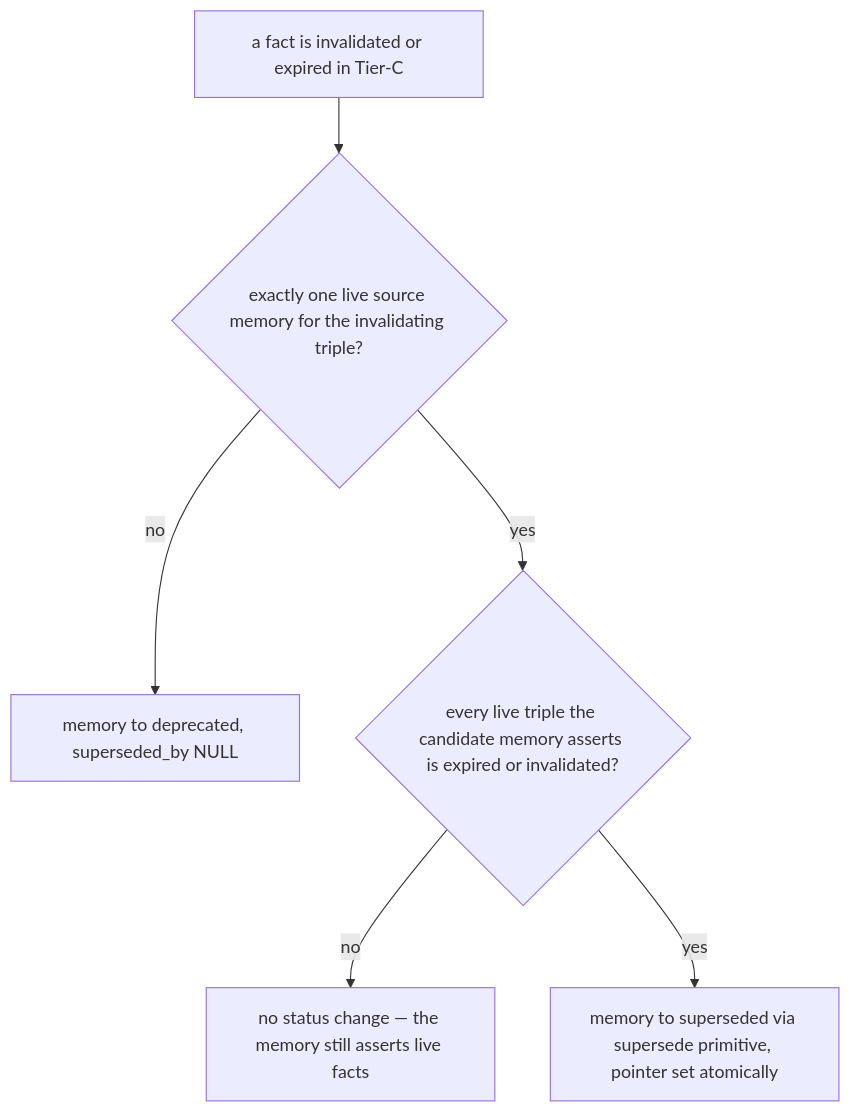
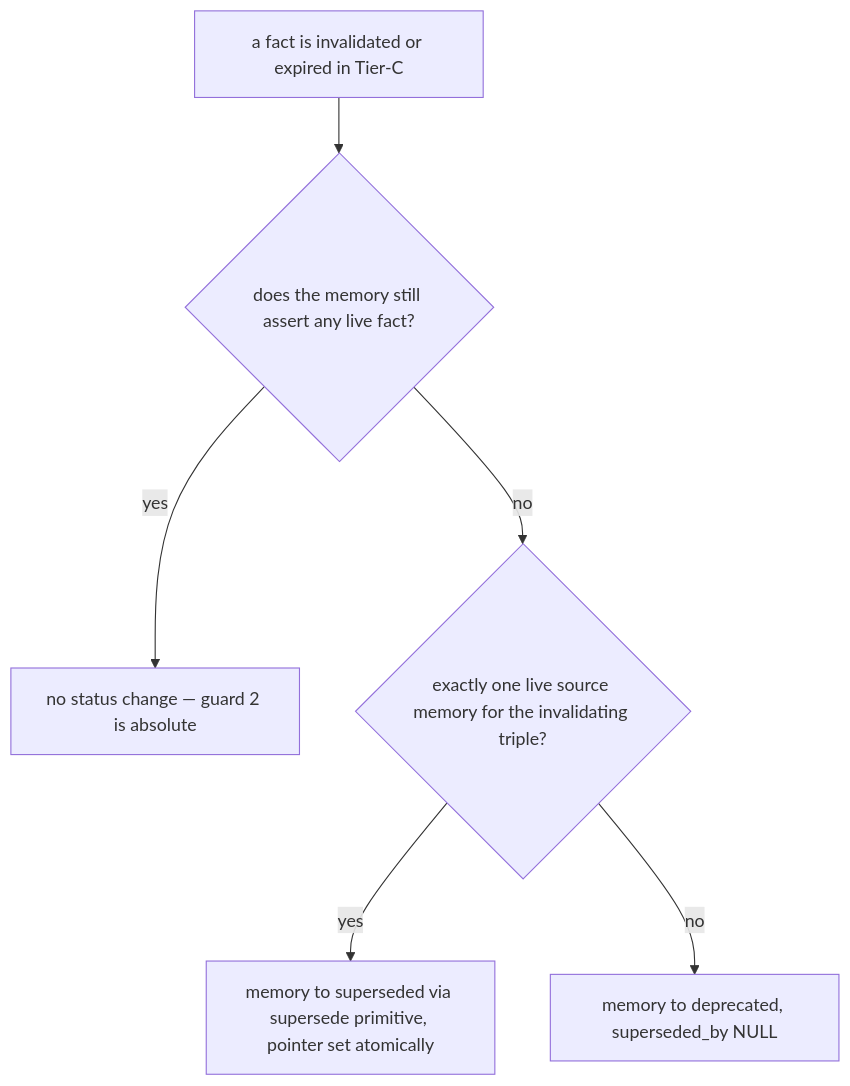
Before and after one commit to darkraise/darkmem: the sixth of 13 diagrams in docs/design/08-temporal-lifecycle-consolidation.md, drawn with Mermaid. The commit also changed other lines of this file and 1 other file, not shown here.

Commit message:
docs(design): rule doc 08 3.4's status-bridge guard order
Guard 2 is absolute and evaluated first: a memory still asserting any
live fact never changes status, whatever guard 1 says. Guard 1 then
selects between superseded and deprecated.

Section 3.4 described the bridge twice and the two disagreed. The prose
said a guard-2 failure means the bridge does not apply at all, because
deprecating a memory that still carries live knowledge is what guard 2
exists to prevent; the flowchart below it checked guard 1 first and
routed its failure straight to deprecated. Where both guards fail, the
flowchart produced exactly the outcome the prose forbids, and that cell
is reached by any memory carrying more than one fact.

Ruled for guard 2 on reversibility: it can only ever decline to act,
whereas the rejected reading drops live knowledge out of the active
view with nothing in a monotonic bridge to restore it.

Prose and flowchart both amended. Tier-3 amendment logged in the E2
epic file; full adjudication under .superpowers/sdd/rulings/.

Task: T2.45

````diff
--- a/docs/design/08-temporal-lifecycle-consolidation.md
+++ b/docs/design/08-temporal-lifecycle-consolidation.md
@@ -170,9 +174,9 @@
 ```mermaid
 flowchart TD
     INV["a fact is invalidated or expired in Tier-C"]
-    INV --> G1{"exactly one live source memory for the invalidating triple?"}
+    INV --> G2{"does the memory still assert any live fact?"}
+    G2 -->|yes| NONE["no status change — guard 2 is absolute"]
+    G2 -->|no| G1{"exactly one live source memory for the invalidating triple?"}
+    G1 -->|yes| SUP["memory to superseded via supersede primitive, pointer set atomically"]
     G1 -->|no| DEP["memory to deprecated, superseded_by NULL"]
-    G1 -->|yes| G2{"every live triple the candidate memory asserts is expired or invalidated?"}
-    G2 -->|no| NONE["no status change — the memory still asserts live facts"]
-    G2 -->|yes| SUP["memory to superseded via supersede primitive, pointer set atomically"]
 ```
````
